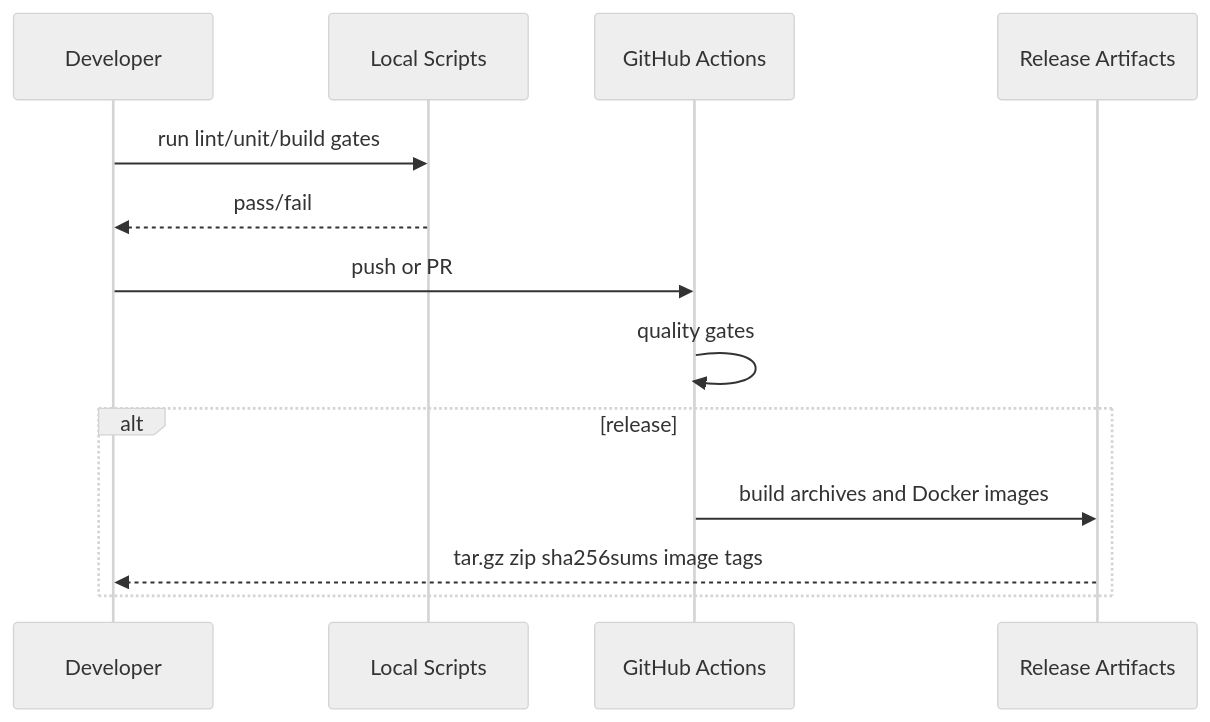
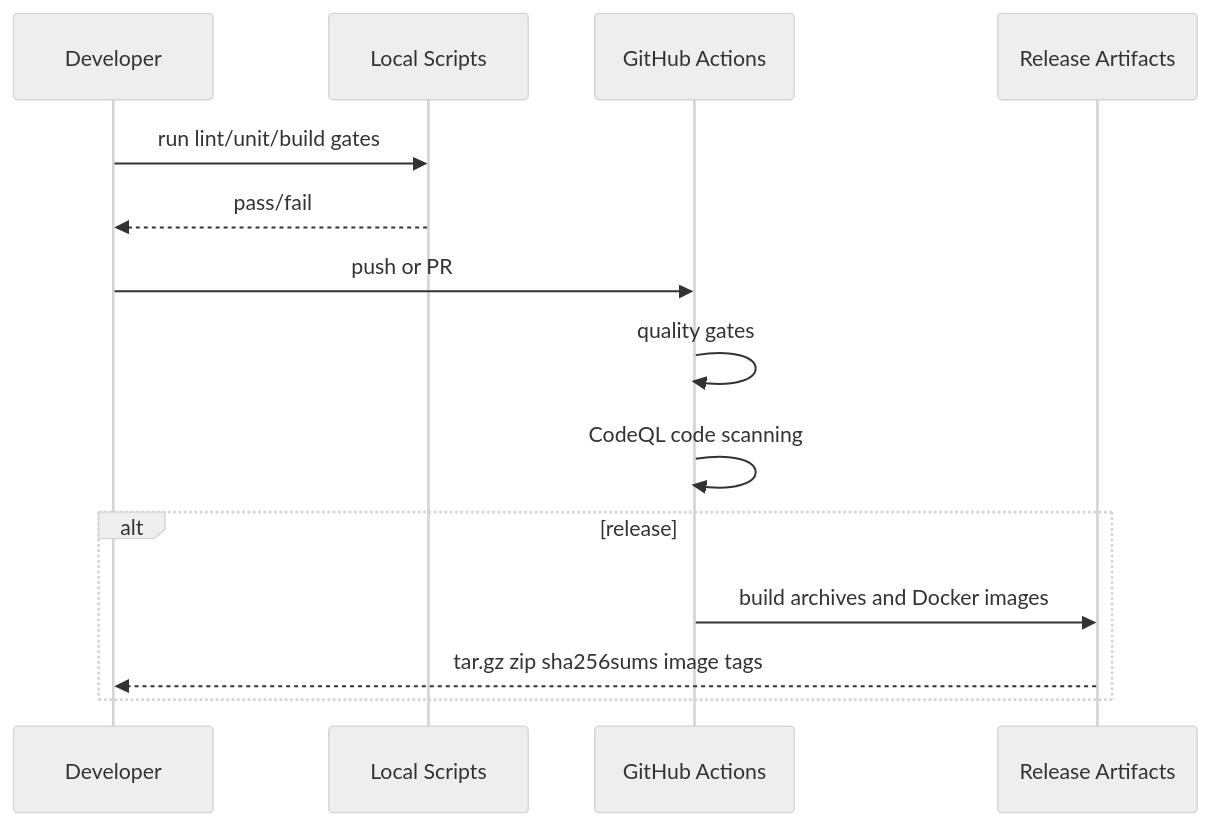
Before and after one commit to marklove5102/DeepSeek_Web_To_API: the second of 2 diagrams in docs/Testing and Delivery/Testing and Delivery.md, drawn with Mermaid (neutral theme). The commit also changed other lines of this file and 1 other file, not shown here.

Commit message:
ci: add codeql scanning gate

````diff
--- a/docs/Testing and Delivery/Testing and Delivery.md
+++ b/docs/Testing and Delivery/Testing and Delivery.md
@@ -83,15 +90,16 @@
 ```mermaid
 sequenceDiagram
 participant Dev as Developer
 participant Local as Local Scripts
 participant CI as GitHub Actions
 participant Release as Release Artifacts
 Dev->>Local: run lint/unit/build gates
 Local-->>Dev: pass/fail
 Dev->>CI: push or PR
 CI->>CI: quality gates
+CI->>CI: CodeQL code scanning
 alt release
 CI->>Release: build archives and Docker images
 Release-->>Dev: tar.gz zip sha256sums image tags
 end
 ```
````
